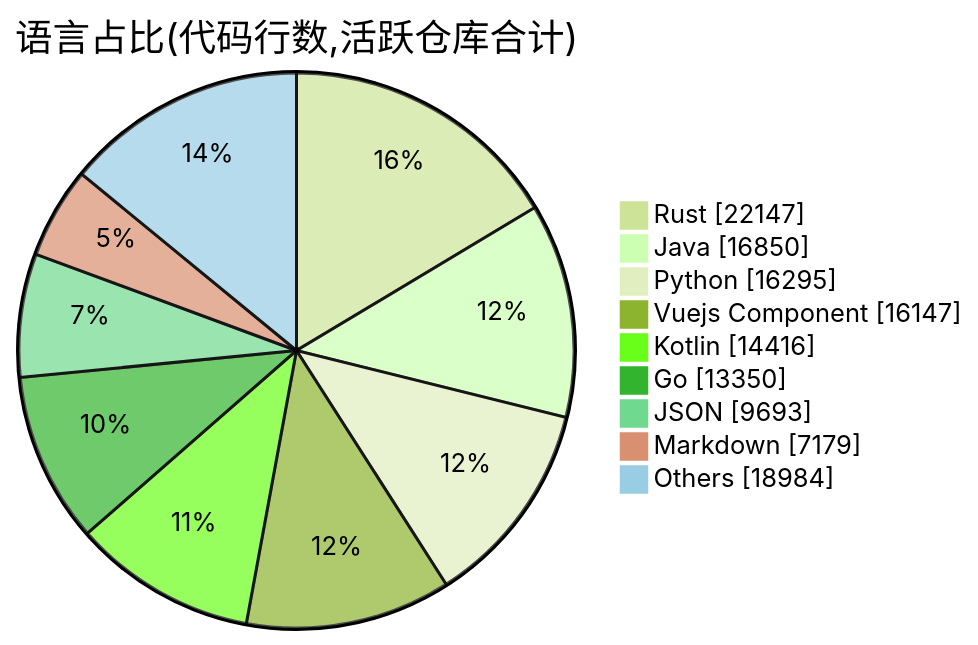
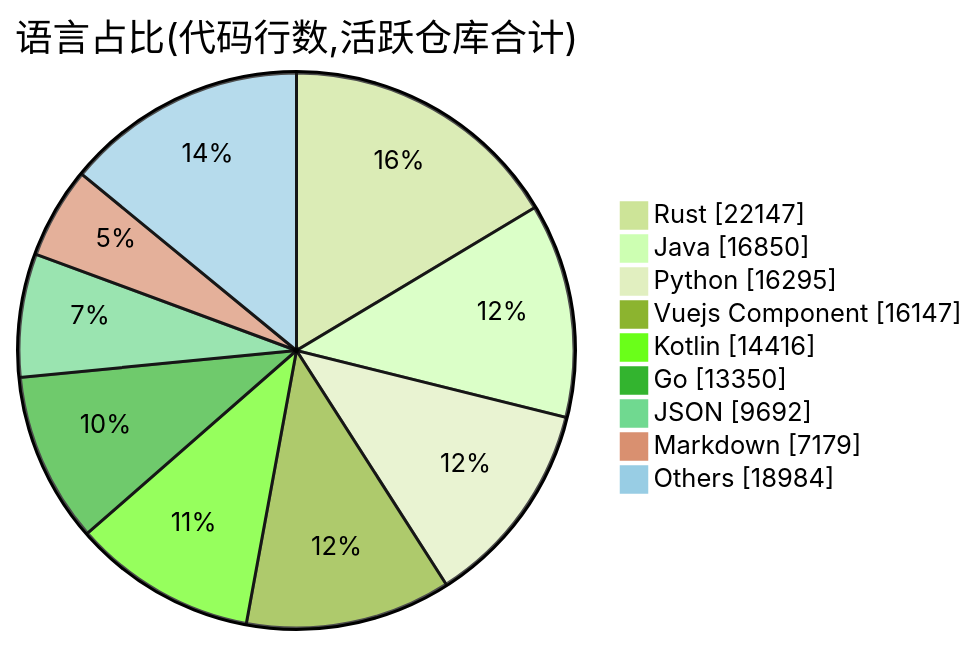
The second of 2 diagrams in profile/README.md (Conflux-Union/.github), drawn with Mermaid (forest theme) before and after one commit. The commit also changed other lines of this file and 1 other file, not shown here.

````diff
--- a/profile/README.md
+++ b/profile/README.md
@@ -78,13 +78,13 @@
 ```mermaid
 pie showData
     title 语言占比(代码行数,活跃仓库合计)
     "Rust" : 22147
     "Java" : 16850
     "Python" : 16295
     "Vuejs Component" : 16147
     "Kotlin" : 14416
     "Go" : 13350
-    "JSON" : 9693
+    "JSON" : 9692
     "Markdown" : 7179
     "Others" : 18984
 ```
````
